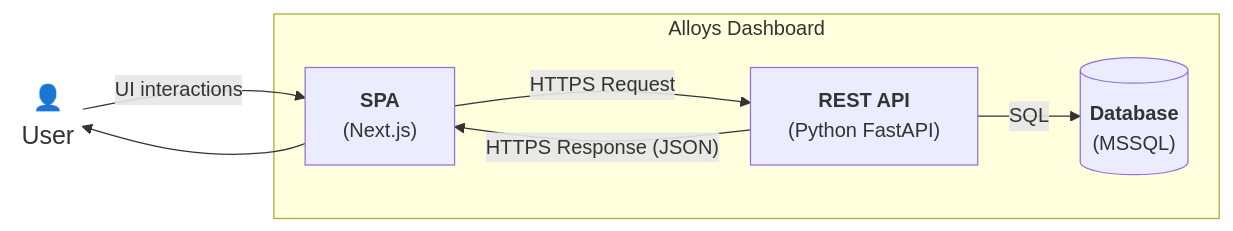
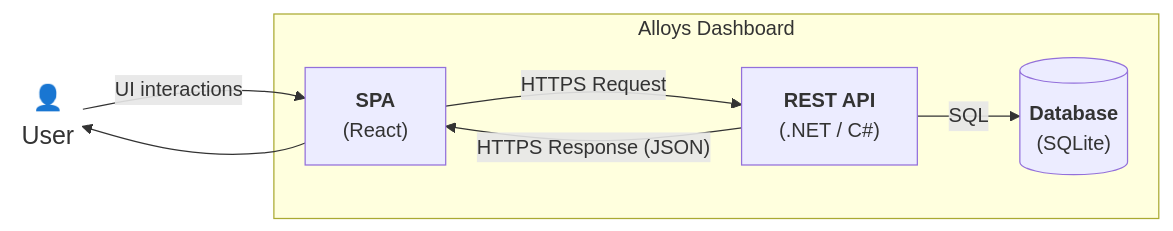
The third of 5 diagrams in docs/README.md (arlealexandre/AlloysDashboard), drawn with Mermaid before and after one commit. The commit also changed other lines of this file, not shown here.

````diff
--- a/docs/README.md
+++ b/docs/README.md
@@ -56,27 +56,27 @@
 ```mermaid
 graph LR
 
     %% System actors
     User(("👤<br>User")):::actor
 
     %% System - Use case container
     subgraph "Alloys Dashboard"
         
         %% Internal components
-        NEXT["<b>SPA</b><br/>(Next.js)"]
-        API["<b>REST API</b><br/>(Python FastAPI)"]
-        Database[("<b>Database</b><br/>(MSSQL)")]
+        NEXT["<b>SPA</b><br/>(React)"]
+        API["<b>REST API</b><br/>(.NET / C#)"]
+        Database[("<b>Database</b><br/>(SQLite)")]
         
         %% Internal dataflow
         API -- "SQL" --> Database
     end
 
     %% Interactions
     User -- "UI interactions" --> NEXT
     NEXT -- "HTTPS Request" --> API
     API -- "HTTPS Response (JSON)" --> NEXT
     NEXT --> User
 
     %% Style
     classDef actor stroke:none,fill:none,font-size:20px
 ```
````
